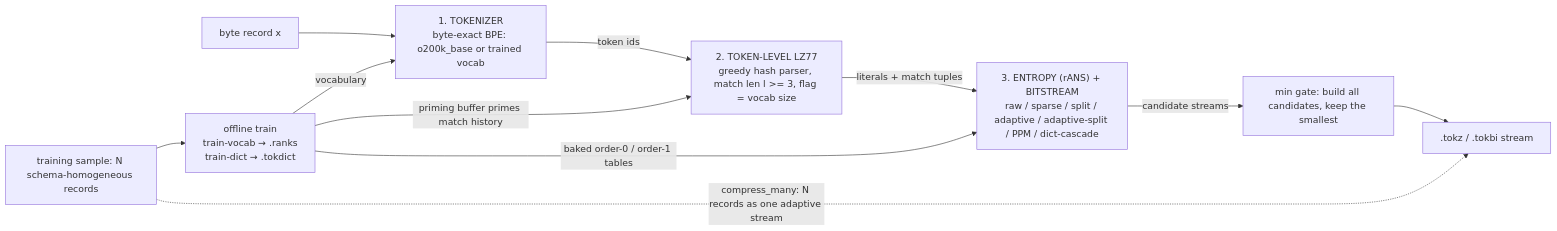
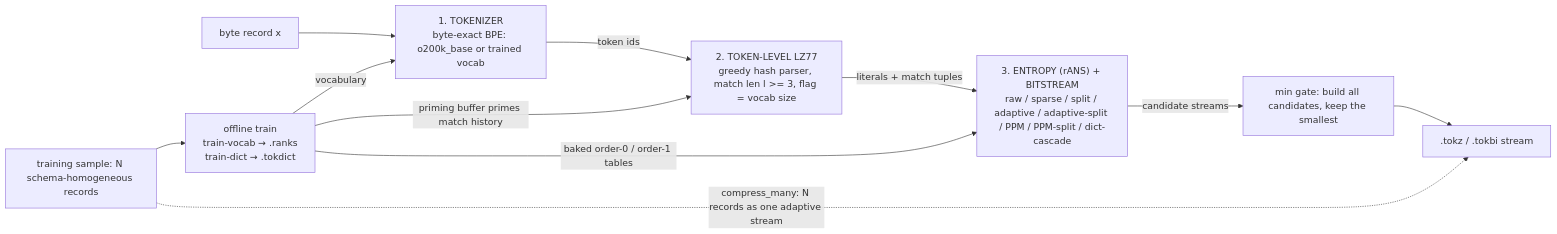
The diagram in README.md (LakoreAI/tokpress), drawn with Mermaid before and after one commit. The commit also changed other lines of this file, not shown here.

First line of the commit message:
Reconcile README with current code: 93 tests, PPMC escape ratio 0.2565, 8 modes in mermaid

````diff
--- a/README.md
+++ b/README.md
@@ -25,13 +25,13 @@
 ```mermaid
 flowchart LR
     A["byte record x"] --> B["1. TOKENIZER<br/>byte-exact BPE: o200k_base or trained vocab"]
     B -->|"token ids"| C["2. TOKEN-LEVEL LZ77<br/>greedy hash parser, match len l >= 3, flag = vocab size"]
-    C -->|"literals + match tuples"| D["3. ENTROPY (rANS) + BITSTREAM<br/>raw / sparse / split / adaptive / adaptive-split / PPM / dict-cascade"]
+    C -->|"literals + match tuples"| D["3. ENTROPY (rANS) + BITSTREAM<br/>raw / sparse / split / adaptive / adaptive-split / PPM / PPM-split / dict-cascade"]
     D -->|"candidate streams"| E["min gate: build all candidates, keep the smallest"]
     E --> F[".tokz / .tokbi stream"]
     G["training sample: N schema-homogeneous records"] --> H["offline train<br/>train-vocab → .ranks<br/>train-dict → .tokdict"]
     H -->|"vocabulary"| B
     H -->|"priming buffer primes match history"| C
     H -->|"baked order-0 / order-1 tables"| D
     G -.->|"compress_many: N records as one adaptive stream"| F
 ```
````
